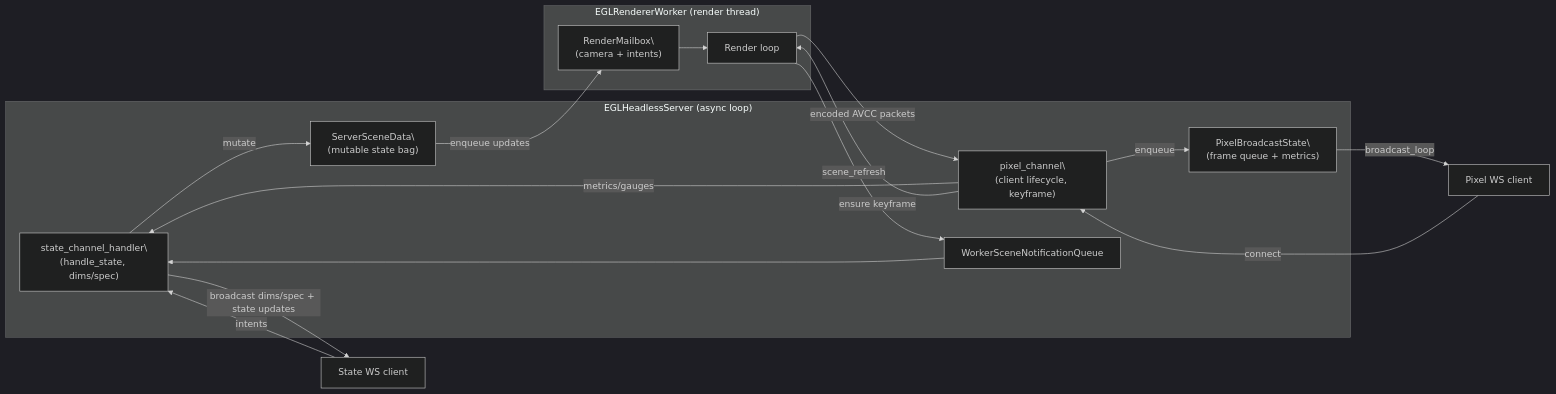
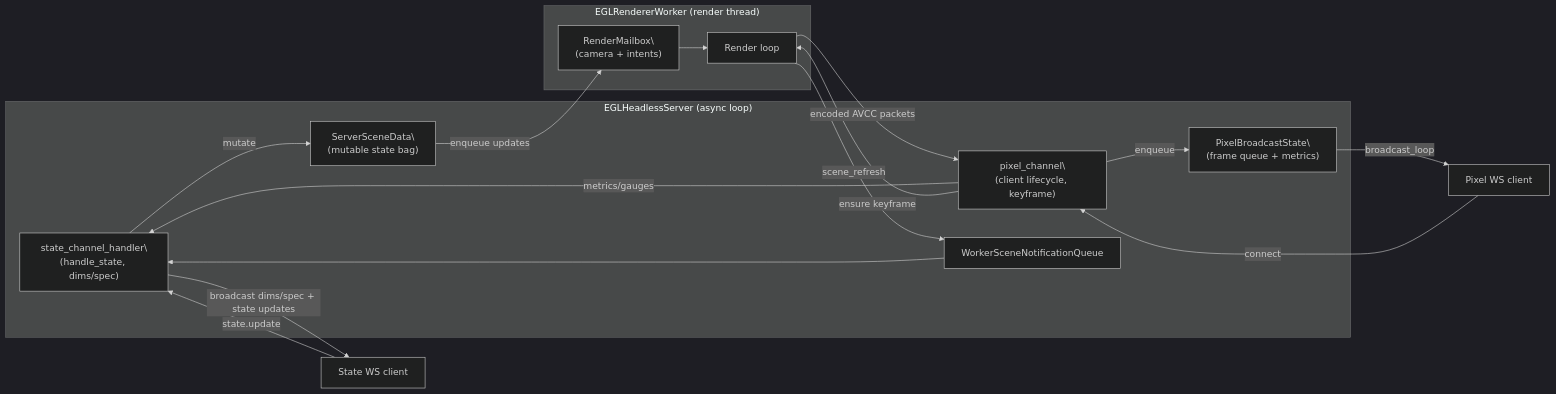
Before and after one commit to kirjner/napari-cuda: the diagram in docs/server_architecture.md, drawn with Mermaid (dark theme). The commit also changed other lines of this file and 8 other files, not shown here.

````diff
--- a/docs/server_architecture.md
+++ b/docs/server_architecture.md
@@ -108,33 +108,33 @@
 ```mermaid
 graph LR
     subgraph AsyncLoop["EGLHeadlessServer (async loop)"]
         SSC["state_channel_handler\\n(handle_state, dims/spec)"]
         PCH["pixel_channel\\n(client lifecycle, keyframe)"]
         SceneBag["ServerSceneData\\n(mutable state bag)"]
         PixelBag["PixelBroadcastState\\n(frame queue + metrics)"]
         WQueue["WorkerSceneNotificationQueue"]
     end
 
     subgraph WorkerThread["EGLRendererWorker (render thread)"]
         Worker["Render loop"]
         SceneQueue["RenderMailbox\\n(camera + intents)"]
     end
 
     StateClient["State WS client"]
     PixelClient["Pixel WS client"]
 
-    StateClient -->|intents| SSC
+    StateClient -->|state.update| SSC
     SSC -->|mutate| SceneBag
     SSC -->|broadcast dims/spec + state updates| StateClient
     SceneBag -->|enqueue updates| SceneQueue
     SceneQueue --> Worker
     Worker -->|scene_refresh| WQueue
     WQueue --> SSC
 
     PixelClient -->|connect| PCH
     PCH -->|metrics/gauges| SSC
     Worker -->|encoded AVCC packets| PCH
     PCH -->|enqueue| PixelBag
     PixelBag -->|broadcast_loop| PixelClient
     PCH -->|ensure keyframe| Worker
 ```
````
